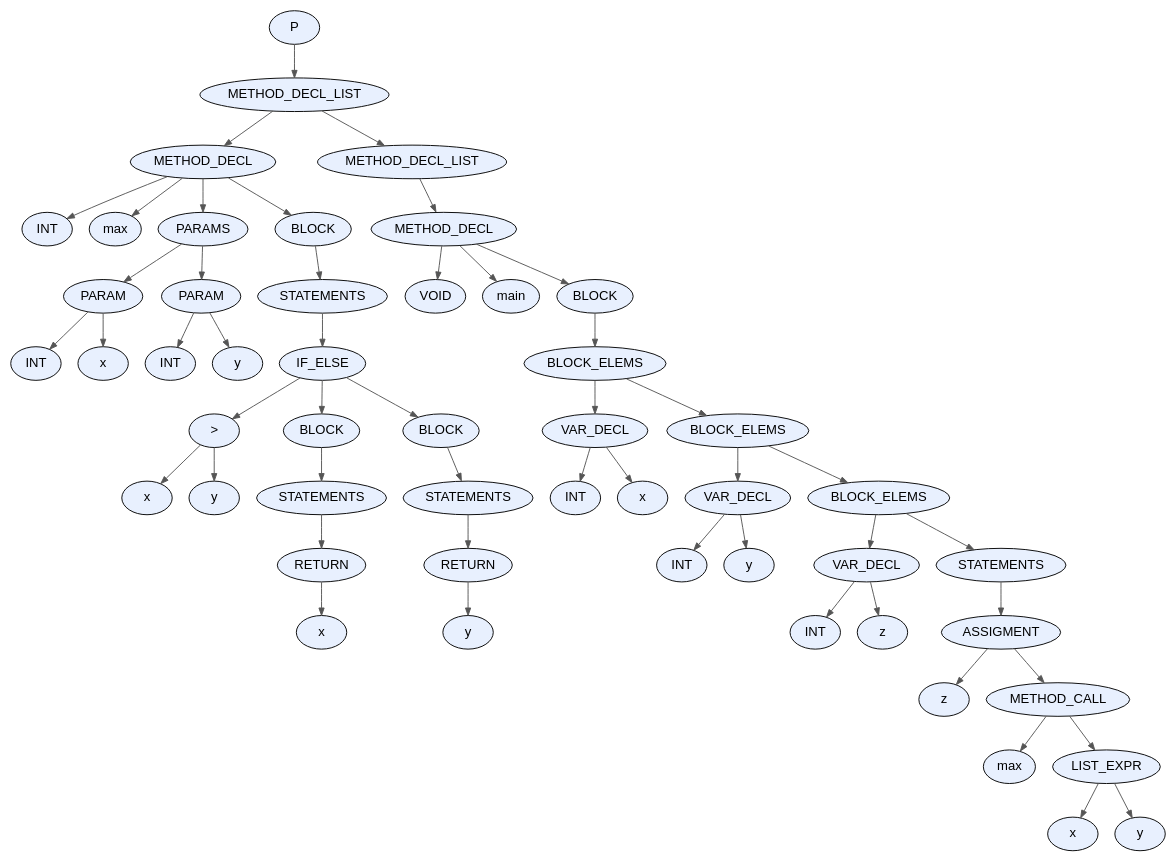
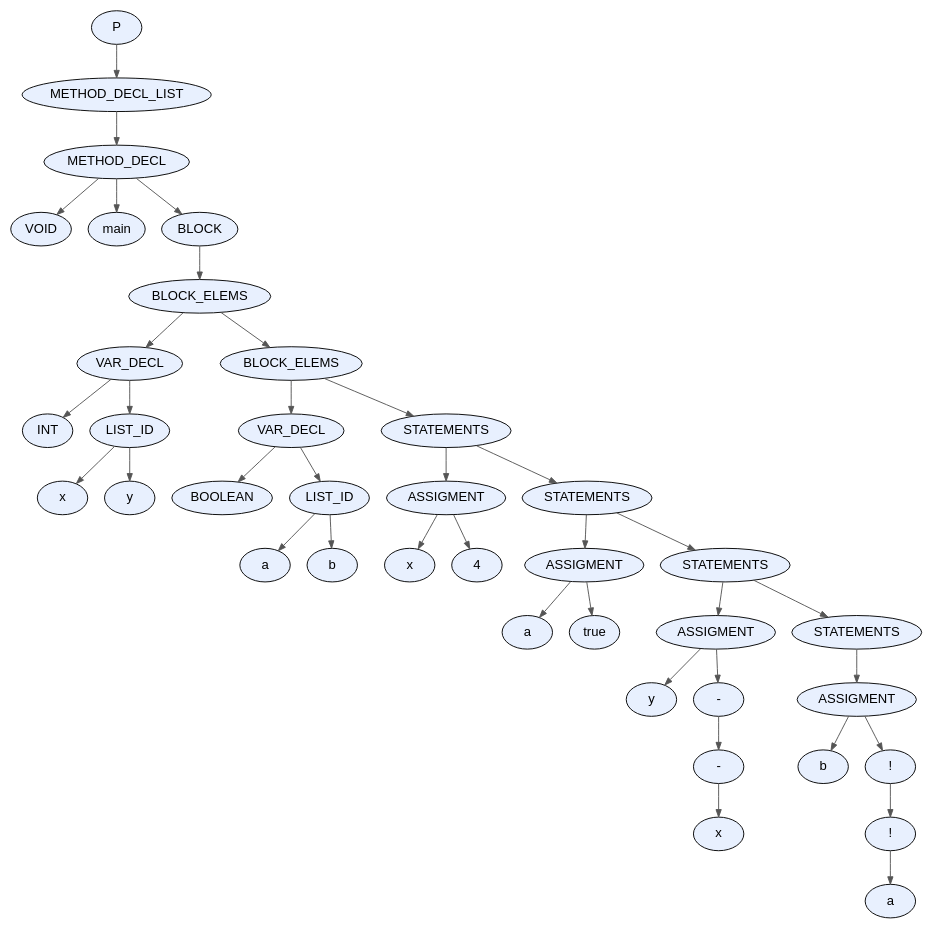
The diagram in proyecto/dot_files/test22.dot (facundo-dario-loser/TDS2026), drawn with Graphviz before and after one commit. The commit also changed 21 other files, not shown here.

```diff
--- a/proyecto/dot_files/test22.dot
+++ b/proyecto/dot_files/test22.dot
@@ -1,105 +1,79 @@
 digraph AST {
   node [fontname="Arial"];
   edge [arrowsize=0.8, color="#555555"];
-  "node_0x5b783b742c80" [label="P", style=filled, fillcolor="#E8F0FE", shape=ellipse, style="rounded,filled"];
-  "node_0x5b783b742c80" -> "node_0x5b783b742c30";
-  "node_0x5b783b742c30" [label="METHOD_DECL_LIST", style=filled, fillcolor="#E8F0FE", shape=ellipse, style="rounded,filled"];
-  "node_0x5b783b742c30" -> "node_0x5b783b742210";
-  "node_0x5b783b742210" [label="METHOD_DECL", style=filled, fillcolor="#E8F0FE", shape=ellipse, style="rounded,filled"];
-  "node_0x5b783b742210" -> "node_0x5b783b741920";
-  "node_0x5b783b741920" [label="INT", style=filled, fillcolor="#E8F0FE", shape=ellipse, style="rounded,filled"];
-  "node_0x5b783b742210" -> "node_0x5b783b7421a0";
-  "node_0x5b783b7421a0" [label="max", style=filled, fillcolor="#E8F0FE", shape=ellipse, style="rounded,filled"];
-  "node_0x5b783b742210" -> "node_0x5b783b741bf0";
-  "node_0x5b783b741bf0" [label="PARAMS", style=filled, fillcolor="#E8F0FE", shape=ellipse, style="rounded,filled"];
-  "node_0x5b783b741bf0" -> "node_0x5b783b741a70";
-  "node_0x5b783b741a70" [label="PARAM", style=filled, fillcolor="#E8F0FE", shape=ellipse, style="rounded,filled"];
-  "node_0x5b783b741a70" -> "node_0x5b783b741990";
-  "node_0x5b783b741990" [label="INT", style=filled, fillcolor="#E8F0FE", shape=ellipse, style="rounded,filled"];
-  "node_0x5b783b741a70" -> "node_0x5b783b741a00";
-  "node_0x5b783b741a00" [label="x", style=filled, fillcolor="#E8F0FE", shape=ellipse, style="rounded,filled"];
-  "node_0x5b783b741bf0" -> "node_0x5b783b741ba0";
-  "node_0x5b783b741ba0" [label="PARAM", style=filled, fillcolor="#E8F0FE", shape=ellipse, style="rounded,filled"];
-  "node_0x5b783b741ba0" -> "node_0x5b783b741ac0";
-  "node_0x5b783b741ac0" [label="INT", style=filled, fillcolor="#E8F0FE", shape=ellipse, style="rounded,filled"];
-  "node_0x5b783b741ba0" -> "node_0x5b783b741b30";
-  "node_0x5b783b741b30" [label="y", style=filled, fillcolor="#E8F0FE", shape=ellipse, style="rounded,filled"];
-  "node_0x5b783b742210" -> "node_0x5b783b742150";
-  "node_0x5b783b742150" [label="BLOCK", style=filled, fillcolor="#E8F0FE", shape=ellipse, style="rounded,filled"];
-  "node_0x5b783b742150" -> "node_0x5b783b742100";
-  "node_0x5b783b742100" [label="STATEMENTS", style=filled, fillcolor="#E8F0FE", shape=ellipse, style="rounded,filled"];
-  "node_0x5b783b742100" -> "node_0x5b783b7420b0";
-  "node_0x5b783b7420b0" [label="IF_ELSE", style=filled, fillcolor="#E8F0FE", shape=ellipse, style="rounded,filled"];
-  "node_0x5b783b7420b0" -> "node_0x5b783b741d60";
-  "node_0x5b783b741d60" [label=">", style=filled, fillcolor="#E8F0FE", shape=ellipse, style="rounded,filled"];
-  "node_0x5b783b741d60" -> "node_0x5b783b741c60";
-  "node_0x5b783b741c60" [label="x", style=filled, fillcolor="#E8F0FE", shape=ellipse, style="rounded,filled"];
-  "node_0x5b783b741d60" -> "node_0x5b783b741cf0";
-  "node_0x5b783b741cf0" [label="y", style=filled, fillcolor="#E8F0FE", shape=ellipse, style="rounded,filled"];
-  "node_0x5b783b7420b0" -> "node_0x5b783b741ee0";
-  "node_0x5b783b741ee0" [label="BLOCK", style=filled, fillcolor="#E8F0FE", shape=ellipse, style="rounded,filled"];
-  "node_0x5b783b741ee0" -> "node_0x5b783b741e90";
-  "node_0x5b783b741e90" [label="STATEMENTS", style=filled, fillcolor="#E8F0FE", shape=ellipse, style="rounded,filled"];
-  "node_0x5b783b741e90" -> "node_0x5b783b741e40";
-  "node_0x5b783b741e40" [label="RETURN", style=filled, fillcolor="#E8F0FE", shape=ellipse, style="rounded,filled"];
-  "node_0x5b783b741e40" -> "node_0x5b783b741dd0";
-  "node_0x5b783b741dd0" [label="x", style=filled, fillcolor="#E8F0FE", shape=ellipse, style="rounded,filled"];
-  "node_0x5b783b7420b0" -> "node_0x5b783b742060";
-  "node_0x5b783b742060" [label="BLOCK", style=filled, fillcolor="#E8F0FE", shape=ellipse, style="rounded,filled"];
-  "node_0x5b783b742060" -> "node_0x5b783b742010";
-  "node_0x5b783b742010" [label="STATEMENTS", style=filled, fillcolor="#E8F0FE", shape=ellipse, style="rounded,filled"];
-  "node_0x5b783b742010" -> "node_0x5b783b741fc0";
-  "node_0x5b783b741fc0" [label="RETURN", style=filled, fillcolor="#E8F0FE", shape=ellipse, style="rounded,filled"];
-  "node_0x5b783b741fc0" -> "node_0x5b783b741f50";
-  "node_0x5b783b741f50" [label="y", style=filled, fillcolor="#E8F0FE", shape=ellipse, style="rounded,filled"];
-  "node_0x5b783b742c30" -> "node_0x5b783b742be0";
-  "node_0x5b783b742be0" [label="METHOD_DECL_LIST", style=filled, fillcolor="#E8F0FE", shape=ellipse, style="rounded,filled"];
-  "node_0x5b783b742be0" -> "node_0x5b783b742b90";
-  "node_0x5b783b742b90" [label="METHOD_DECL", style=filled, fillcolor="#E8F0FE", shape=ellipse, style="rounded,filled"];
-  "node_0x5b783b742b90" -> "node_0x5b783b742ad0";
-  "node_0x5b783b742ad0" [label="VOID", style=filled, fillcolor="#E8F0FE", shape=ellipse, style="rounded,filled"];
-  "node_0x5b783b742b90" -> "node_0x5b783b742b20";
-  "node_0x5b783b742b20" [label="main", style=filled, fillcolor="#E8F0FE", shape=ellipse, style="rounded,filled"];
-  "node_0x5b783b742b90" -> "node_0x5b783b742a80";
-  "node_0x5b783b742a80" [label="BLOCK", style=filled, fillcolor="#E8F0FE", shape=ellipse, style="rounded,filled"];
-  "node_0x5b783b742a80" -> "node_0x5b783b742a30";
-  "node_0x5b783b742a30" [label="BLOCK_ELEMS", style=filled, fillcolor="#E8F0FE", shape=ellipse, style="rounded,filled"];
-  "node_0x5b783b742a30" -> "node_0x5b783b742360";
-  "node_0x5b783b742360" [label="VAR_DECL", style=filled, fillcolor="#E8F0FE", shape=ellipse, style="rounded,filled"];
-  "node_0x5b783b742360" -> "node_0x5b783b742280";
-  "node_0x5b783b742280" [label="INT", style=filled, fillcolor="#E8F0FE", shape=ellipse, style="rounded,filled"];
-  "node_0x5b783b742360" -> "node_0x5b783b7422f0";
-  "node_0x5b783b7422f0" [label="x", style=filled, fillcolor="#E8F0FE", shape=ellipse, style="rounded,filled"];
-  "node_0x5b783b742a30" -> "node_0x5b783b7429e0";
-  "node_0x5b783b7429e0" [label="BLOCK_ELEMS", style=filled, fillcolor="#E8F0FE", shape=ellipse, style="rounded,filled"];
-  "node_0x5b783b7429e0" -> "node_0x5b783b742490";
-  "node_0x5b783b742490" [label="VAR_DECL", style=filled, fillcolor="#E8F0FE", shape=ellipse, style="rounded,filled"];
-  "node_0x5b783b742490" -> "node_0x5b783b7423b0";
-  "node_0x5b783b7423b0" [label="INT", style=filled, fillcolor="#E8F0FE", shape=ellipse, style="rounded,filled"];
-  "node_0x5b783b742490" -> "node_0x5b783b742420";
-  "node_0x5b783b742420" [label="y", style=filled, fillcolor="#E8F0FE", shape=ellipse, style="rounded,filled"];
-  "node_0x5b783b7429e0" -> "node_0x5b783b742990";
-  "node_0x5b783b742990" [label="BLOCK_ELEMS", style=filled, fillcolor="#E8F0FE", shape=ellipse, style="rounded,filled"];
-  "node_0x5b783b742990" -> "node_0x5b783b7425c0";
-  "node_0x5b783b7425c0" [label="VAR_DECL", style=filled, fillcolor="#E8F0FE", shape=ellipse, style="rounded,filled"];
-  "node_0x5b783b7425c0" -> "node_0x5b783b7424e0";
-  "node_0x5b783b7424e0" [label="INT", style=filled, fillcolor="#E8F0FE", shape=ellipse, style="rounded,filled"];
-  "node_0x5b783b7425c0" -> "node_0x5b783b742550";
-  "node_0x5b783b742550" [label="z", style=filled, fillcolor="#E8F0FE", shape=ellipse, style="rounded,filled"];
-  "node_0x5b783b742990" -> "node_0x5b783b742940";
-  "node_0x5b783b742940" [label="STATEMENTS", style=filled, fillcolor="#E8F0FE", shape=ellipse, style="rounded,filled"];
-  "node_0x5b783b742940" -> "node_0x5b783b7428f0";
-  "node_0x5b783b7428f0" [label="ASSIGMENT", style=filled, fillcolor="#E8F0FE", shape=ellipse, style="rounded,filled"];
-  "node_0x5b783b7428f0" -> "node_0x5b783b742880";
-  "node_0x5b783b742880" [label="z", style=filled, fillcolor="#E8F0FE", shape=ellipse, style="rounded,filled"];
-  "node_0x5b783b7428f0" -> "node_0x5b783b742830";
-  "node_0x5b783b742830" [label="METHOD_CALL", style=filled, fillcolor="#E8F0FE", shape=ellipse, style="rounded,filled"];
-  "node_0x5b783b742830" -> "node_0x5b783b7427c0";
-  "node_0x5b783b7427c0" [label="max", style=filled, fillcolor="#E8F0FE", shape=ellipse, style="rounded,filled"];
-  "node_0x5b783b742830" -> "node_0x5b783b742770";
-  "node_0x5b783b742770" [label="LIST_EXPR", style=filled, fillcolor="#E8F0FE", shape=ellipse, style="rounded,filled"];
-  "node_0x5b783b742770" -> "node_0x5b783b742670";
-  "node_0x5b783b742670" [label="x", style=filled, fillcolor="#E8F0FE", shape=ellipse, style="rounded,filled"];
-  "node_0x5b783b742770" -> "node_0x5b783b742700";
-  "node_0x5b783b742700" [label="y", style=filled, fillcolor="#E8F0FE", shape=ellipse, style="rounded,filled"];
+  "node_0x5be5fe582770" [label="P", style=filled, fillcolor="#E8F0FE", shape=ellipse, style="rounded,filled"];
+  "node_0x5be5fe582770" -> "node_0x5be5fe582720";
+  "node_0x5be5fe582720" [label="METHOD_DECL_LIST", style=filled, fillcolor="#E8F0FE", shape=ellipse, style="rounded,filled"];
+  "node_0x5be5fe582720" -> "node_0x5be5fe5826d0";
+  "node_0x5be5fe5826d0" [label="METHOD_DECL", style=filled, fillcolor="#E8F0FE", shape=ellipse, style="rounded,filled"];
+  "node_0x5be5fe5826d0" -> "node_0x5be5fe582610";
+  "node_0x5be5fe582610" [label="VOID", style=filled, fillcolor="#E8F0FE", shape=ellipse, style="rounded,filled"];
+  "node_0x5be5fe5826d0" -> "node_0x5be5fe582660";
+  "node_0x5be5fe582660" [label="main", style=filled, fillcolor="#E8F0FE", shape=ellipse, style="rounded,filled"];
+  "node_0x5be5fe5826d0" -> "node_0x5be5fe5825c0";
+  "node_0x5be5fe5825c0" [label="BLOCK", style=filled, fillcolor="#E8F0FE", shape=ellipse, style="rounded,filled"];
+  "node_0x5be5fe5825c0" -> "node_0x5be5fe582570";
+  "node_0x5be5fe582570" [label="BLOCK_ELEMS", style=filled, fillcolor="#E8F0FE", shape=ellipse, style="rounded,filled"];
+  "node_0x5be5fe582570" -> "node_0x5be5fe581b00";
+  "node_0x5be5fe581b00" [label="VAR_DECL", style=filled, fillcolor="#E8F0FE", shape=ellipse, style="rounded,filled"];
+  "node_0x5be5fe581b00" -> "node_0x5be5fe581940";
+  "node_0x5be5fe581940" [label="INT", style=filled, fillcolor="#E8F0FE", shape=ellipse, style="rounded,filled"];
+  "node_0x5be5fe581b00" -> "node_0x5be5fe581ab0";
+  "node_0x5be5fe581ab0" [label="LIST_ID", style=filled, fillcolor="#E8F0FE", shape=ellipse, style="rounded,filled"];
+  "node_0x5be5fe581ab0" -> "node_0x5be5fe581a40";
+  "node_0x5be5fe581a40" [label="x", style=filled, fillcolor="#E8F0FE", shape=ellipse, style="rounded,filled"];
+  "node_0x5be5fe581ab0" -> "node_0x5be5fe5819d0";
+  "node_0x5be5fe5819d0" [label="y", style=filled, fillcolor="#E8F0FE", shape=ellipse, style="rounded,filled"];
+  "node_0x5be5fe582570" -> "node_0x5be5fe582520";
+  "node_0x5be5fe582520" [label="BLOCK_ELEMS", style=filled, fillcolor="#E8F0FE", shape=ellipse, style="rounded,filled"];
+  "node_0x5be5fe582520" -> "node_0x5be5fe581d10";
+  "node_0x5be5fe581d10" [label="VAR_DECL", style=filled, fillcolor="#E8F0FE", shape=ellipse, style="rounded,filled"];
+  "node_0x5be5fe581d10" -> "node_0x5be5fe581b50";
+  "node_0x5be5fe581b50" [label="BOOLEAN", style=filled, fillcolor="#E8F0FE", shape=ellipse, style="rounded,filled"];
+  "node_0x5be5fe581d10" -> "node_0x5be5fe581cc0";
+  "node_0x5be5fe581cc0" [label="LIST_ID", style=filled, fillcolor="#E8F0FE", shape=ellipse, style="rounded,filled"];
+  "node_0x5be5fe581cc0" -> "node_0x5be5fe581c50";
+  "node_0x5be5fe581c50" [label="a", style=filled, fillcolor="#E8F0FE", shape=ellipse, style="rounded,filled"];
+  "node_0x5be5fe581cc0" -> "node_0x5be5fe581be0";
+  "node_0x5be5fe581be0" [label="b", style=filled, fillcolor="#E8F0FE", shape=ellipse, style="rounded,filled"];
+  "node_0x5be5fe582520" -> "node_0x5be5fe5824d0";
+  "node_0x5be5fe5824d0" [label="STATEMENTS", style=filled, fillcolor="#E8F0FE", shape=ellipse, style="rounded,filled"];
+  "node_0x5be5fe5824d0" -> "node_0x5be5fe581e40";
+  "node_0x5be5fe581e40" [label="ASSIGMENT", style=filled, fillcolor="#E8F0FE", shape=ellipse, style="rounded,filled"];
+  "node_0x5be5fe581e40" -> "node_0x5be5fe581dd0";
+  "node_0x5be5fe581dd0" [label="x", style=filled, fillcolor="#E8F0FE", shape=ellipse, style="rounded,filled"];
+  "node_0x5be5fe581e40" -> "node_0x5be5fe581d80";
+  "node_0x5be5fe581d80" [label="4", style=filled, fillcolor="#E8F0FE", shape=ellipse, style="rounded,filled"];
+  "node_0x5be5fe5824d0" -> "node_0x5be5fe582480";
+  "node_0x5be5fe582480" [label="STATEMENTS", style=filled, fillcolor="#E8F0FE", shape=ellipse, style="rounded,filled"];
+  "node_0x5be5fe582480" -> "node_0x5be5fe581f70";
+  "node_0x5be5fe581f70" [label="ASSIGMENT", style=filled, fillcolor="#E8F0FE", shape=ellipse, style="rounded,filled"];
+  "node_0x5be5fe581f70" -> "node_0x5be5fe581f00";
+  "node_0x5be5fe581f00" [label="a", style=filled, fillcolor="#E8F0FE", shape=ellipse, style="rounded,filled"];
+  "node_0x5be5fe581f70" -> "node_0x5be5fe581eb0";
+  "node_0x5be5fe581eb0" [label="true", style=filled, fillcolor="#E8F0FE", shape=ellipse, style="rounded,filled"];
+  "node_0x5be5fe582480" -> "node_0x5be5fe582430";
+  "node_0x5be5fe582430" [label="STATEMENTS", style=filled, fillcolor="#E8F0FE", shape=ellipse, style="rounded,filled"];
+  "node_0x5be5fe582430" -> "node_0x5be5fe582180";
+  "node_0x5be5fe582180" [label="ASSIGMENT", style=filled, fillcolor="#E8F0FE", shape=ellipse, style="rounded,filled"];
+  "node_0x5be5fe582180" -> "node_0x5be5fe582110";
+  "node_0x5be5fe582110" [label="y", style=filled, fillcolor="#E8F0FE", shape=ellipse, style="rounded,filled"];
+  "node_0x5be5fe582180" -> "node_0x5be5fe5820c0";
+  "node_0x5be5fe5820c0" [label="-", style=filled, fillcolor="#E8F0FE", shape=ellipse, style="rounded,filled"];
+  "node_0x5be5fe5820c0" -> "node_0x5be5fe582070";
+  "node_0x5be5fe582070" [label="-", style=filled, fillcolor="#E8F0FE", shape=ellipse, style="rounded,filled"];
+  "node_0x5be5fe582070" -> "node_0x5be5fe582000";
+  "node_0x5be5fe582000" [label="x", style=filled, fillcolor="#E8F0FE", shape=ellipse, style="rounded,filled"];
+  "node_0x5be5fe582430" -> "node_0x5be5fe5823e0";
+  "node_0x5be5fe5823e0" [label="STATEMENTS", style=filled, fillcolor="#E8F0FE", shape=ellipse, style="rounded,filled"];
+  "node_0x5be5fe5823e0" -> "node_0x5be5fe582390";
+  "node_0x5be5fe582390" [label="ASSIGMENT", style=filled, fillcolor="#E8F0FE", shape=ellipse, style="rounded,filled"];
+  "node_0x5be5fe582390" -> "node_0x5be5fe582320";
+  "node_0x5be5fe582320" [label="b", style=filled, fillcolor="#E8F0FE", shape=ellipse, style="rounded,filled"];
+  "node_0x5be5fe582390" -> "node_0x5be5fe5822d0";
+  "node_0x5be5fe5822d0" [label="!", style=filled, fillcolor="#E8F0FE", shape=ellipse, style="rounded,filled"];
+  "node_0x5be5fe5822d0" -> "node_0x5be5fe582280";
+  "node_0x5be5fe582280" [label="!", style=filled, fillcolor="#E8F0FE", shape=ellipse, style="rounded,filled"];
+  "node_0x5be5fe582280" -> "node_0x5be5fe582210";
+  "node_0x5be5fe582210" [label="a", style=filled, fillcolor="#E8F0FE", shape=ellipse, style="rounded,filled"];
 }
```
